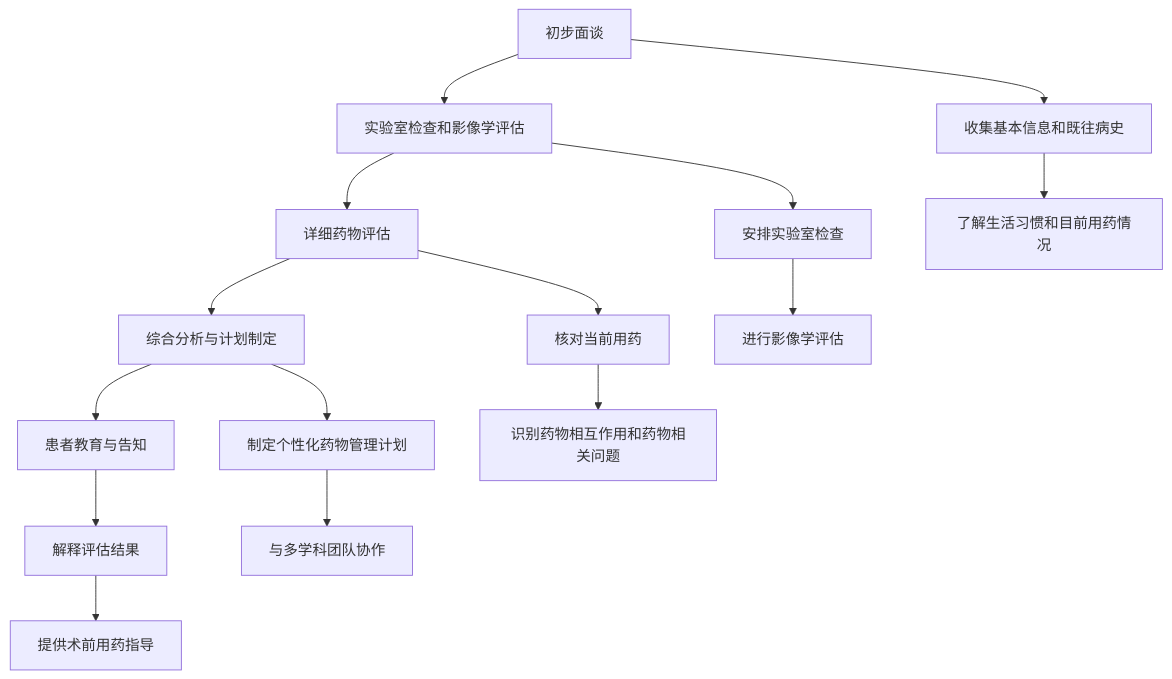
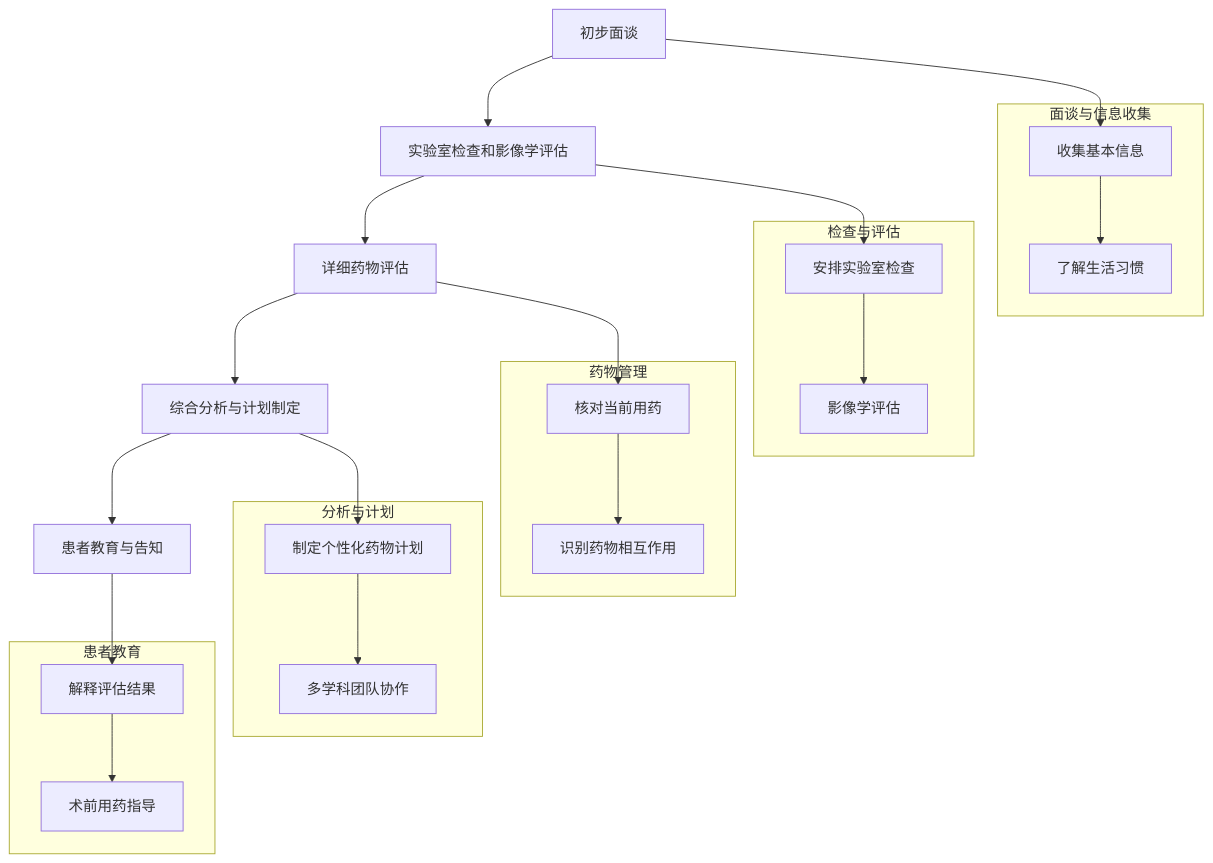
Before and after one commit to Jie-Wang001X/iodraw-files: the diagram in all/未命名.md, drawn with Mermaid.

Commit message:
2024-08-27 13:19:54 update

````diff
--- a/all/未命名.md
+++ b/all/未命名.md
@@ -1,24 +1,43 @@
 ```mermaid
-graph TD
+flowchart TD
   A[初步面谈] --> B[实验室检查和影像学评估]
   B --> C[详细药物评估]
   C --> D[综合分析与计划制定]
   D --> E[患者教育与告知]
   
-  A --> A1[收集基本信息和既往病史]
-  A1 --> A2[了解生活习惯和目前用药情况]
+  subgraph 面谈与信息收集
+    A1[收集基本信息]
+    A2[了解生活习惯]
+  end
+  A --> A1
+  A1 --> A2
   
-  B --> B1[安排实验室检查]
-  B1 --> B2[进行影像学评估]
+  subgraph 检查与评估
+    B1[安排实验室检查]
+    B2[影像学评估]
+  end
+  B --> B1
+  B1 --> B2
   
-  C --> C1[核对当前用药]
-  C1 --> C2[识别药物相互作用和药物相关问题]
+  subgraph 药物管理
+    C1[核对当前用药]
+    C2[识别药物相互作用]
+  end
+  C --> C1
+  C1 --> C2
   
-  D --> D1[制定个性化药物管理计划]
-  D1 --> D2[与多学科团队协作]
+  subgraph 分析与计划
+    D1[制定个性化药物计划]
+    D2[多学科团队协作]
+  end
+  D --> D1
+  D1 --> D2
+  
+  subgraph 患者教育
+    E1[解释评估结果]
+    E2[术前用药指导]
+  end
+  E --> E1
+  E1 --> E2
 
-  E --> E1[解释评估结果]
-  E1 --> E2[提供术前用药指导]
-
-            
 ```
````
